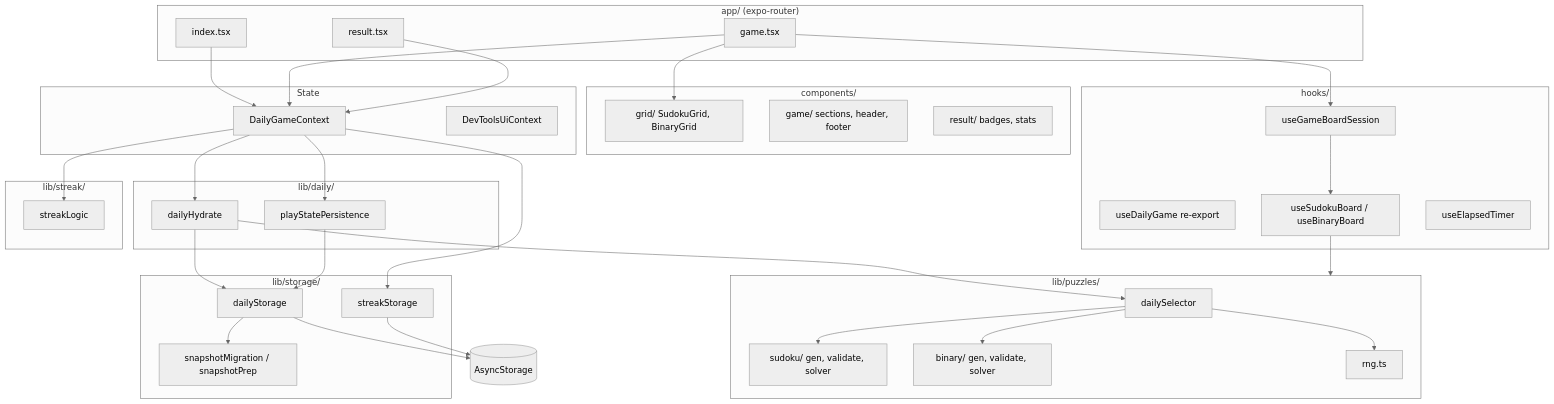
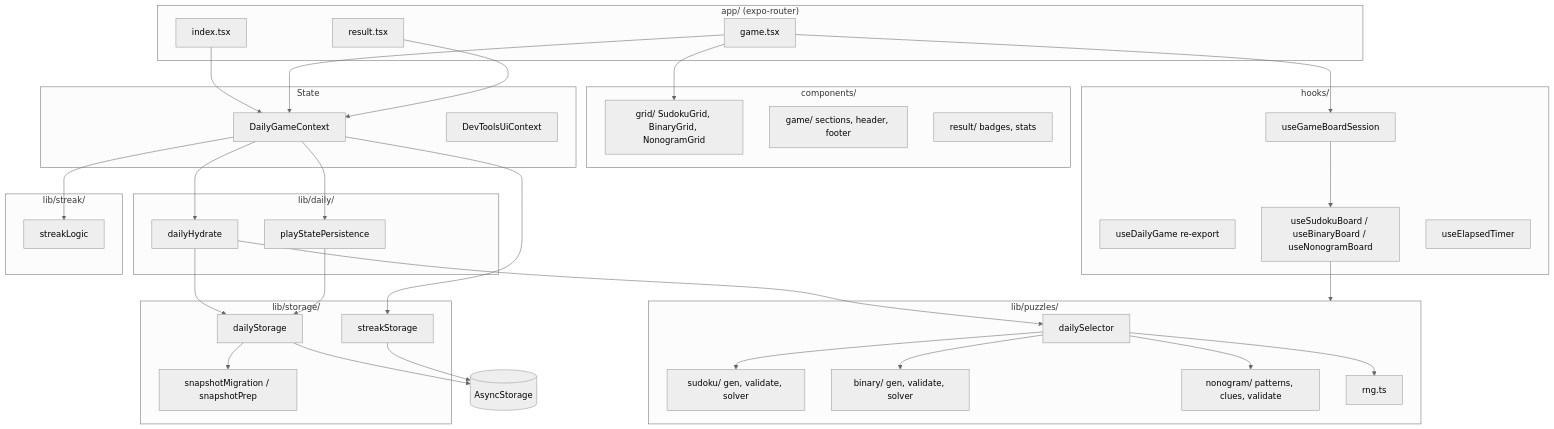
One commit to moyunzero/foolish-you changed the diagram in docs/ARCHITECTURE.md. Above: the diagram before and after it, drawn with Mermaid (neutral theme). The commit also changed other lines of this file and 6 other files, not shown here.

````diff
--- a/docs/ARCHITECTURE.md
+++ b/docs/ARCHITECTURE.md
@@ -13,71 +13,73 @@
 ```mermaid
 graph TD
   subgraph routes["app/ (expo-router)"]
     Index[index.tsx]
     Game[game.tsx]
     Result[result.tsx]
   end
 
   subgraph ui["components/"]
-    Grids[grid/ SudokuGrid, BinaryGrid]
+    Grids[grid/ SudokuGrid, BinaryGrid, NonogramGrid]
     GameUI[game/ sections, header, footer]
     ResultUI[result/ badges, stats]
   end
 
   subgraph state["State"]
     DGC[DailyGameContext]
     DevCtx[DevToolsUiContext]
   end
 
   subgraph hooks["hooks/"]
     UDG[useDailyGame re-export]
-    Board[useSudokuBoard / useBinaryBoard]
+    Board[useSudokuBoard / useBinaryBoard / useNonogramBoard]
     Session[useGameBoardSession]
     Timer[useElapsedTimer]
   end
 
   subgraph daily["lib/daily/"]
     Hydrate[dailyHydrate]
     Persist[playStatePersistence]
   end
 
   subgraph puzzles["lib/puzzles/"]
     Selector[dailySelector]
     Sudoku[sudoku/ gen, validate, solver]
     Binary[binary/ gen, validate, solver]
+    Nonogram[nonogram/ patterns, clues, validate]
     RNG[rng.ts]
   end
 
   subgraph storage["lib/storage/"]
     DailyStore[dailyStorage]
     StreakStore[streakStorage]
     Migrate[snapshotMigration / snapshotPrep]
   end
 
   subgraph streak["lib/streak/"]
     Logic[streakLogic]
   end
 
   AS[(AsyncStorage)]
 
   Index --> DGC
   Game --> DGC
   Game --> Session
   Session --> Board
   Game --> Grids
   Result --> DGC
   DGC --> Hydrate
   DGC --> Persist
   Hydrate --> Selector
   Hydrate --> DailyStore
   Selector --> Sudoku
   Selector --> Binary
+  Selector --> Nonogram
   Selector --> RNG
   Persist --> DailyStore
   DGC --> Logic
   DGC --> StreakStore
   DailyStore --> Migrate
   DailyStore --> AS
   StreakStore --> AS
   Board --> puzzles
 ```
````
